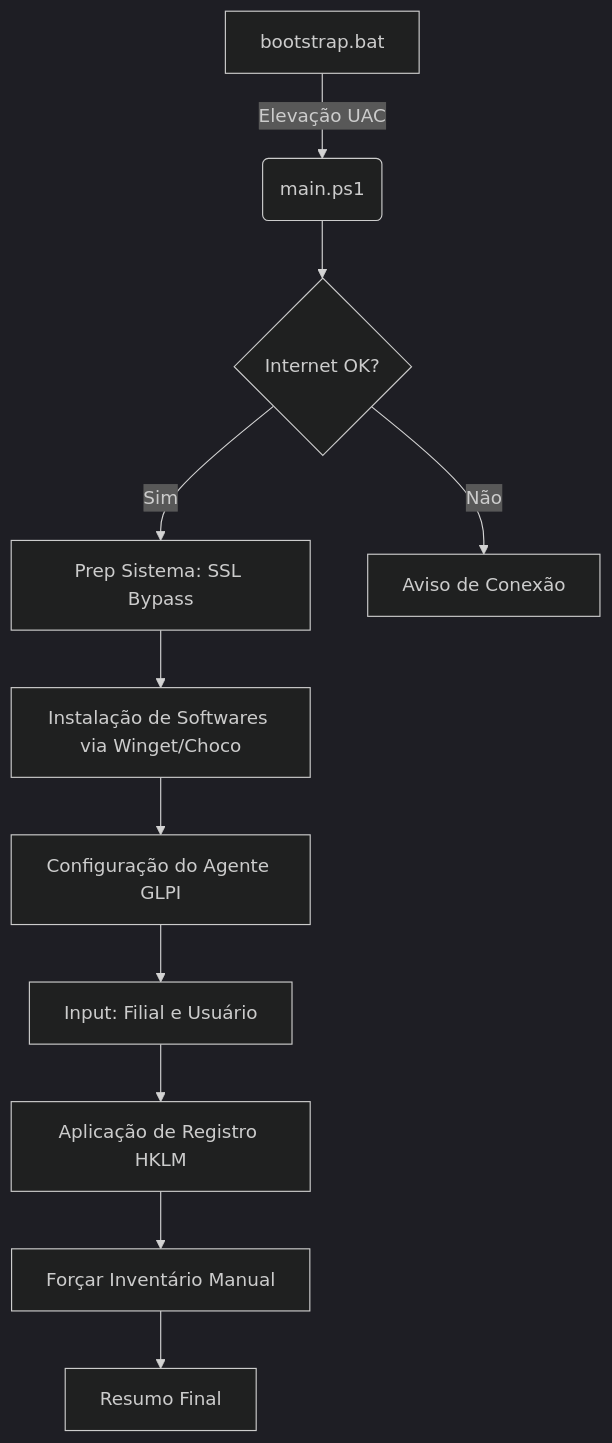
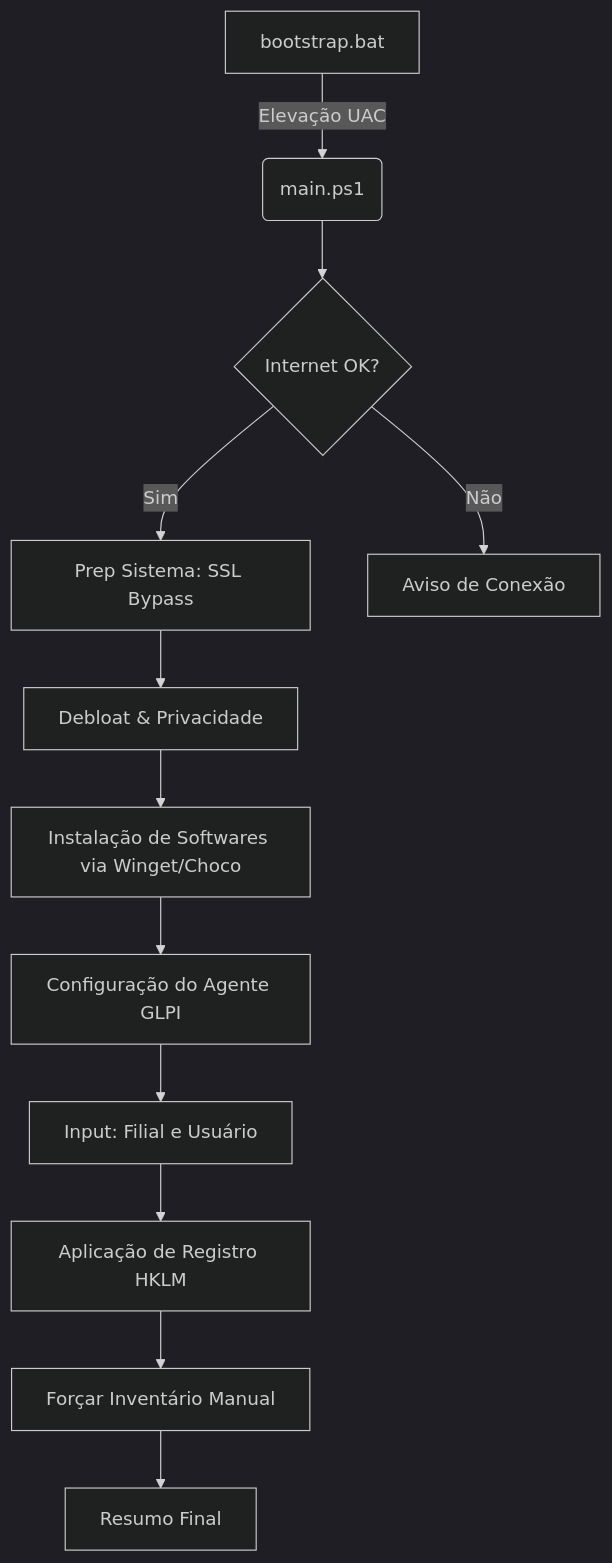
One commit to wppslander/script-pos-instalacao-windows changed the diagram in README.md. Above: the diagram before and after it, drawn with Mermaid (dark theme). The commit also changed other lines of this file and 3 other files, not shown here.

````diff
--- a/README.md
+++ b/README.md
@@ -24,13 +24,14 @@
 ```mermaid
 graph TD
     A[bootstrap.bat] -->|Elevação UAC| B(main.ps1)
     B --> C{Internet OK?}
     C -- Sim --> D[Prep Sistema: SSL Bypass]
     C -- Não --> X[Aviso de Conexão]
-    D --> E[Instalação de Softwares via Winget/Choco]
+    D --> D1[Debloat & Privacidade]
+    D1 --> E[Instalação de Softwares via Winget/Choco]
     E --> F[Configuração do Agente GLPI]
     F --> G[Input: Filial e Usuário]
     G --> H[Aplicação de Registro HKLM]
     H --> I[Forçar Inventário Manual]
     I --> J[Resumo Final]
 ```
````
